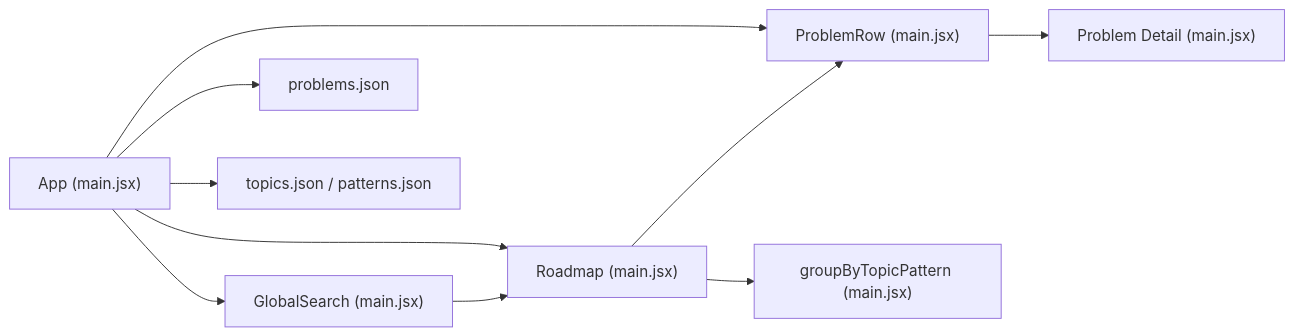
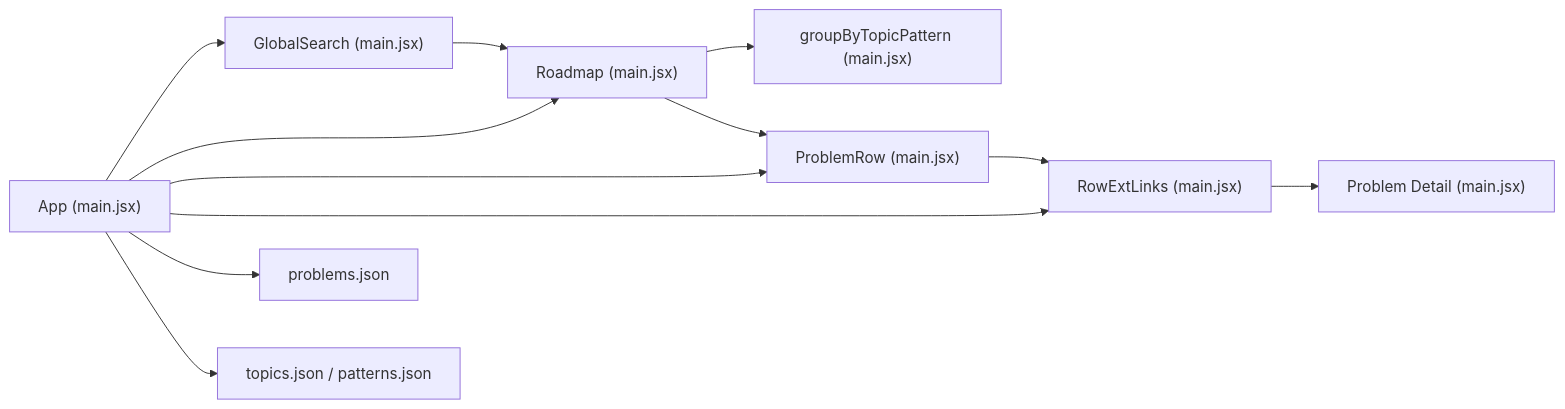
Diagram 11 of 11 in .qoder/repowiki/en/content/Frontend Application/Roadmap Component.md (iamrituraj/DSA-Tracker), drawn with Mermaid before and after one commit. The commit also changed other lines of this file and 21 other files, not shown here.

````diff
--- a/.qoder/repowiki/en/content/Frontend Application/Roadmap Component.md
+++ b/.qoder/repowiki/en/content/Frontend Application/Roadmap Component.md
@@ -394,12 +468,14 @@
 ```mermaid
 graph LR
 App["App (main.jsx)"] --> GS["GlobalSearch (main.jsx)"]
 App --> RM["Roadmap (main.jsx)"]
 App --> PR["ProblemRow (main.jsx)"]
+App --> REL["RowExtLinks (main.jsx)"]
 GS --> RM
 RM --> GRP["groupByTopicPattern (main.jsx)"]
 RM --> PR
-PR --> Det["Problem Detail (main.jsx)"]
+PR --> REL
+REL --> Det["Problem Detail (main.jsx)"]
 App --> Data["problems.json"]
 App --> Meta["topics.json / patterns.json"]
 ```
````
